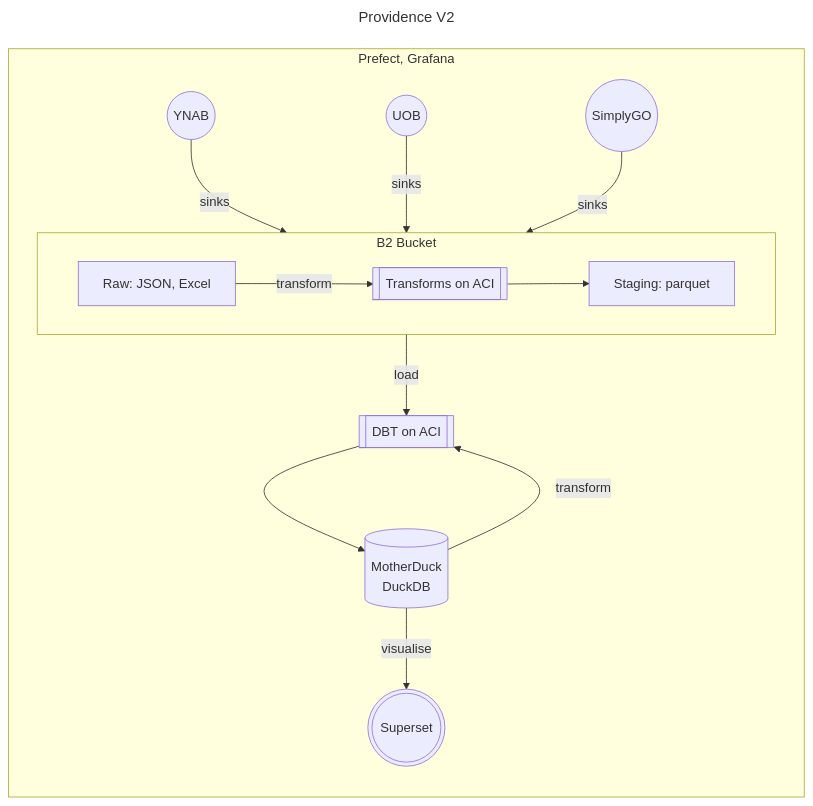
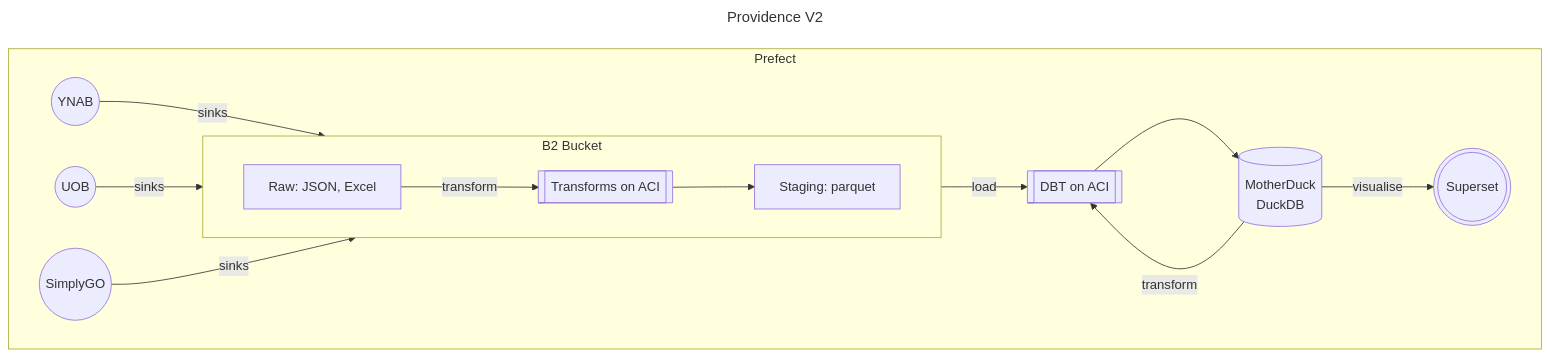
One commit to mrzzy/providence changed the first of 2 diagrams in README.md. Above: the diagram before and after it, drawn with Mermaid.

Commit message:
doc(readme): render system design diagram horizontally

````diff
--- a/README.md
+++ b/README.md
@@ -20,18 +20,19 @@
 ```mermaid
 ---
 title: Providence V2
 ---
 
 flowchart LR
-    subgraph p[Prefect, Grafana]
-      direction TB
+    subgraph p[Prefect]
+      direction LR
       ynab((YNAB)) &  uob((UOB)) & simplygo((SimplyGO)) -->|sinks| b2
       subgraph b2[B2 Bucket]
           direction LR
           raw[Raw: JSON, Excel] -->|transform| tfms[[Transforms on ACI]] --> staging[Staging: parquet]
       end
-      staging -->|load| dbt[[DBT on ACI]] --> dw[(MotherDuck\n DuckDB)]
+      staging -->|load| dbt[[DBT on ACI]] --> dw[(MotherDuck
+ DuckDB)]
       dw -->|transform| dbt
       dw -->|visualise| viz(((Superset)))
    end
 ```
````
